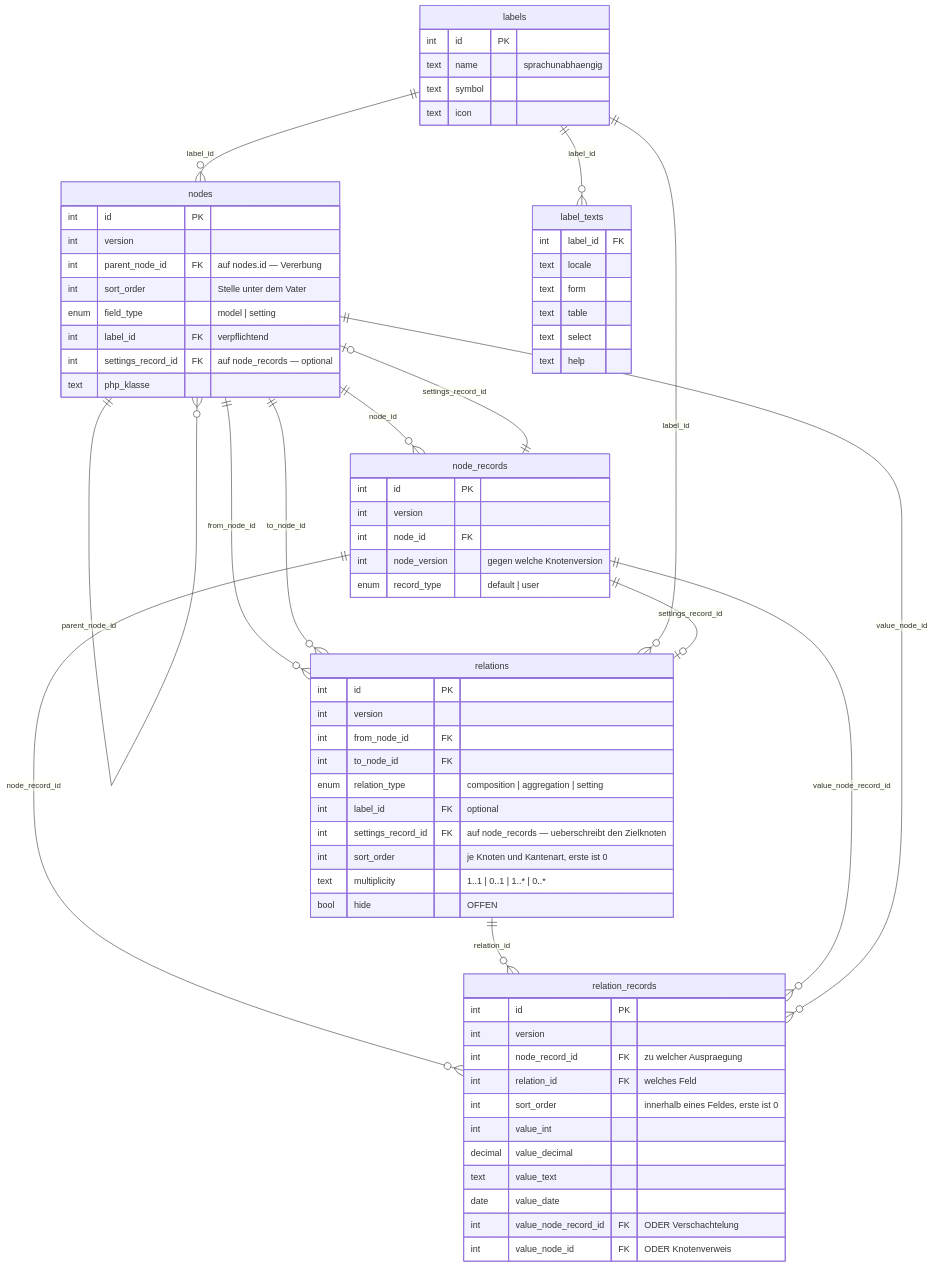
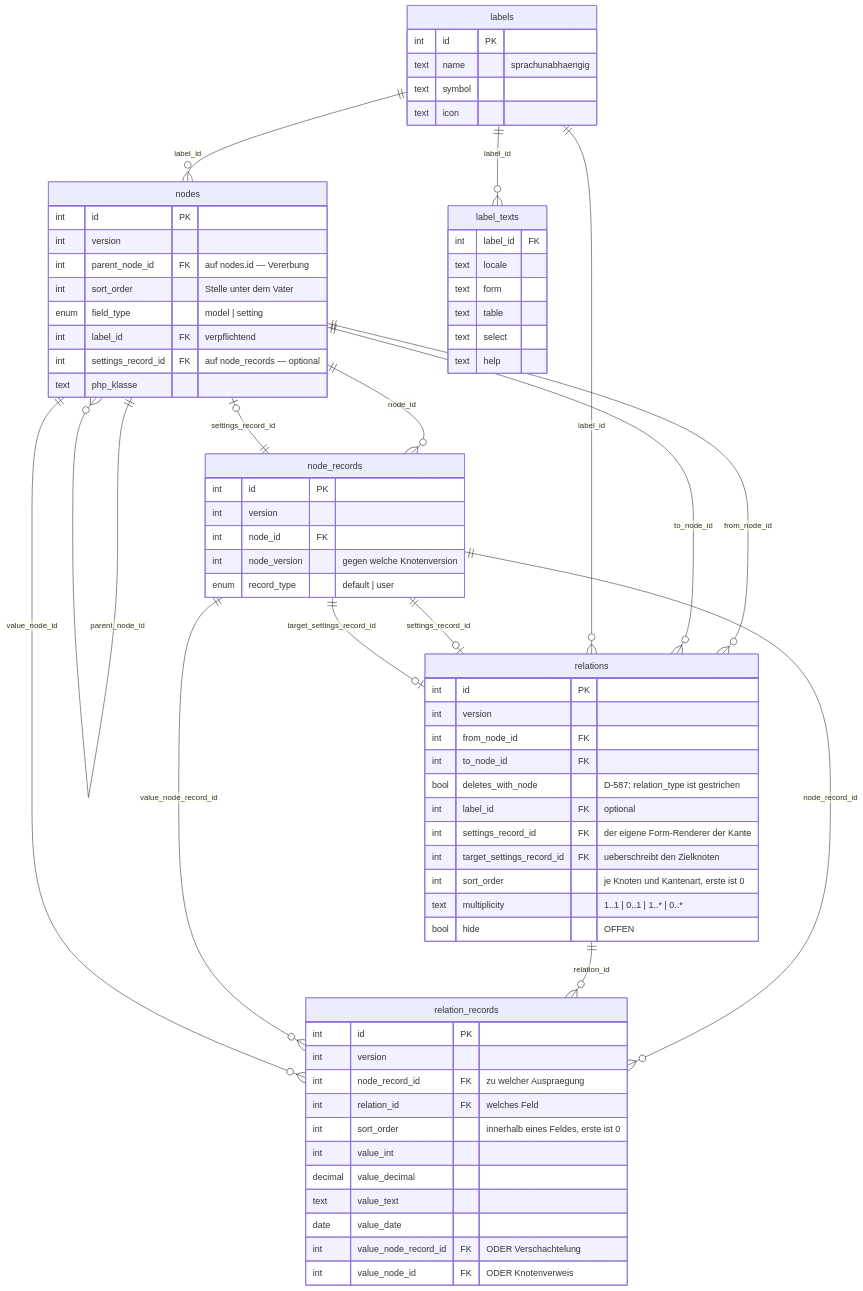
One commit to sfambach/wp-taxonomy-modeler changed the diagram in docs/pakete/modelltabellen/schema-diagramm.md. Above: the diagram before and after it, drawn with Mermaid. The commit also changed other lines of this file and 2 other files, not shown here.

First line of the commit message:
Die Dokumente auf den Stand von heute

````diff
--- a/docs/pakete/modelltabellen/schema-diagramm.md
+++ b/docs/pakete/modelltabellen/schema-diagramm.md
@@ -6,78 +6,80 @@
 ```mermaid
 erDiagram
     nodes {
         int  id PK
         int  version
         int  parent_node_id FK "auf nodes.id — Vererbung"
         int  sort_order     "Stelle unter dem Vater"
         enum field_type     "model | setting"
         int  label_id       FK "verpflichtend"
         int  settings_record_id FK "auf node_records — optional"
         text php_klasse
     }
 
     relations {
         int  id PK
         int  version
         int  from_node_id FK
         int  to_node_id   FK
-        enum relation_type "composition | aggregation | setting"
+        bool deletes_with_node "D-587: relation_type ist gestrichen"
         int  label_id      FK "optional"
-        int  settings_record_id FK "auf node_records — ueberschreibt den Zielknoten"
+        int  settings_record_id FK "der eigene Form-Renderer der Kante"
+        int  target_settings_record_id FK "ueberschreibt den Zielknoten"
         int  sort_order    "je Knoten und Kantenart, erste ist 0"
         text multiplicity  "1..1 | 0..1 | 1..* | 0..*"
         bool hide          "OFFEN"
     }
 
     node_records {
         int  id PK
         int  version
         int  node_id FK
         int  node_version "gegen welche Knotenversion"
         enum record_type  "default | user"
     }
 
     relation_records {
         int     id PK
         int     version
         int     node_record_id FK "zu welcher Auspraegung"
         int     relation_id    FK "welches Feld"
         int     sort_order        "innerhalb eines Feldes, erste ist 0"
         int     value_int
         decimal value_decimal
         text    value_text
         date    value_date
         int     value_node_record_id FK "ODER Verschachtelung"
         int     value_node_id        FK "ODER Knotenverweis"
     }
 
     labels {
         int  id PK
         text name   "sprachunabhaengig"
         text symbol
         text icon
     }
 
     label_texts {
         int  label_id FK
         text locale
         text form
         text table
         text select
         text help
     }
 
     nodes            ||--o{ nodes            : "parent_node_id"
     nodes            ||--o{ relations        : "from_node_id"
     nodes            ||--o{ relations        : "to_node_id"
     nodes            ||--o{ node_records     : "node_id"
     labels           ||--o{ nodes            : "label_id"
     labels           ||--o{ relations        : "label_id"
     labels           ||--o{ label_texts      : "label_id"
     node_records     ||--o{ relation_records : "node_record_id"
     relations        ||--o{ relation_records : "relation_id"
     node_records     ||--o| nodes            : "settings_record_id"
     node_records     ||--o| relations        : "settings_record_id"
+    node_records     ||--o| relations        : "target_settings_record_id"
     node_records     ||--o{ relation_records : "value_node_record_id"
     nodes            ||--o{ relation_records : "value_node_id"
 ```
````
